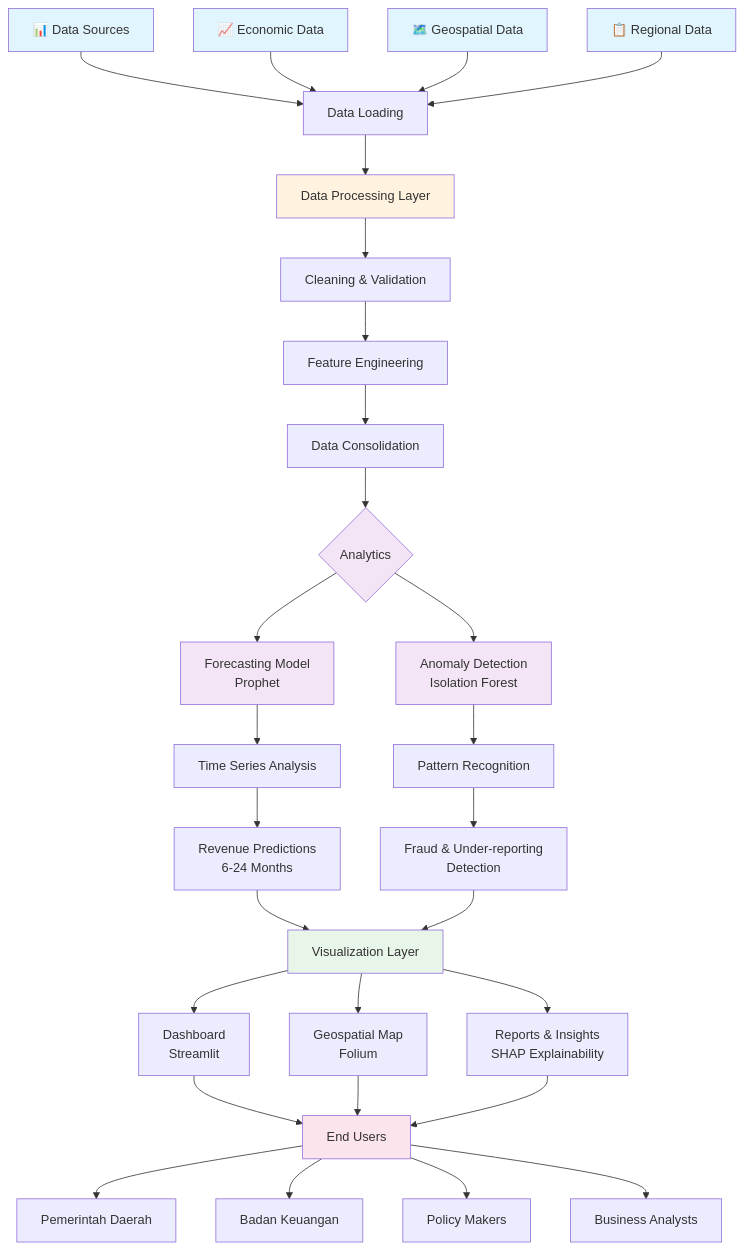
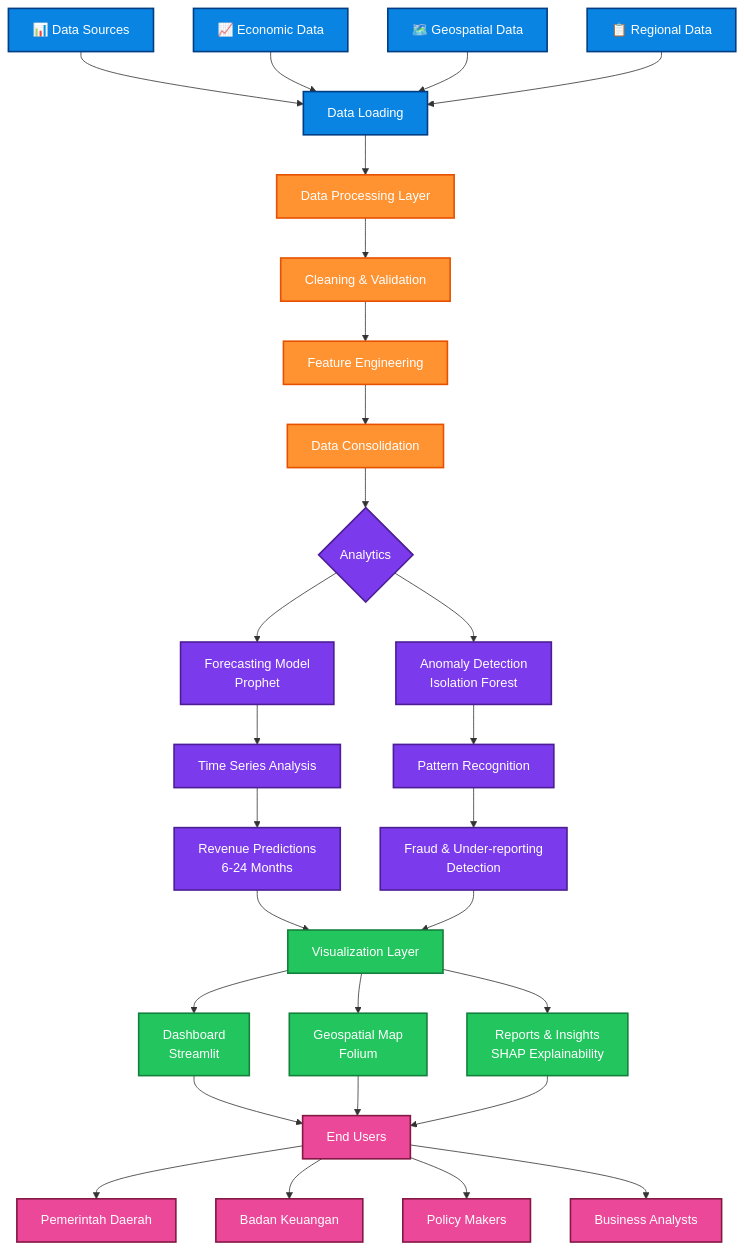
One commit to KwikAndreas/revdadas changed the diagram in README.MD. Above: the diagram before and after it, drawn with Mermaid.

Commit message:
update diagram arsitektur

````diff
--- a/README.MD
+++ b/README.MD
@@ -40,50 +40,65 @@
 ```mermaid
 graph TD
     A["📊 Data Sources"] --> B["Data Loading"]
     C["📈 Economic Data"] --> B
     D["🗺️ Geospatial Data"] --> B
     E["📋 Regional Data"] --> B
 
     B --> F["Data Processing Layer"]
     F --> G["Cleaning & Validation"]
     G --> H["Feature Engineering"]
     H --> I["Data Consolidation"]
 
     I --> J{Analytics}
 
     J --> K["Forecasting Model<br/>Prophet"]
     J --> L["Anomaly Detection<br/>Isolation Forest"]
 
     K --> M["Time Series Analysis"]
     M --> N["Revenue Predictions<br/>6-24 Months"]
 
     L --> O["Pattern Recognition"]
     O --> P["Fraud & Under-reporting<br/>Detection"]
 
     N --> Q["Visualization Layer"]
     P --> Q
 
     Q --> R["Dashboard<br/>Streamlit"]
     Q --> S["Geospatial Map<br/>Folium"]
     Q --> T["Reports & Insights<br/>SHAP Explainability"]
 
     R --> U["End Users"]
     S --> U
     T --> U
 
     U --> V["Pemerintah Daerah"]
     U --> W["Badan Keuangan"]
     U --> X["Policy Makers"]
     U --> Y["Business Analysts"]
 
-    style A fill:#e1f5ff
-    style C fill:#e1f5ff
-    style D fill:#e1f5ff
-    style E fill:#e1f5ff
-    style F fill:#fff3e0
-    style J fill:#f3e5f5
-    style K fill:#f3e5f5
-    style L fill:#f3e5f5
-    style Q fill:#e8f5e9
-    style U fill:#fce4ec
+    style A fill:#0984e3,stroke:#003d82,stroke-width:2px,color:#fff
+    style B fill:#0984e3,stroke:#003d82,stroke-width:2px,color:#fff
+    style C fill:#0984e3,stroke:#003d82,stroke-width:2px,color:#fff
+    style D fill:#0984e3,stroke:#003d82,stroke-width:2px,color:#fff
+    style E fill:#0984e3,stroke:#003d82,stroke-width:2px,color:#fff
+    style F fill:#ff9231,stroke:#e65100,stroke-width:2px,color:#fff
+    style G fill:#ff9231,stroke:#e65100,stroke-width:2px,color:#fff
+    style H fill:#ff9231,stroke:#e65100,stroke-width:2px,color:#fff
+    style I fill:#ff9231,stroke:#e65100,stroke-width:2px,color:#fff
+    style J fill:#7c3aed,stroke:#4c1d95,stroke-width:2px,color:#fff
+    style K fill:#7c3aed,stroke:#4c1d95,stroke-width:2px,color:#fff
+    style L fill:#7c3aed,stroke:#4c1d95,stroke-width:2px,color:#fff
+    style M fill:#7c3aed,stroke:#4c1d95,stroke-width:2px,color:#fff
+    style N fill:#7c3aed,stroke:#4c1d95,stroke-width:2px,color:#fff
+    style O fill:#7c3aed,stroke:#4c1d95,stroke-width:2px,color:#fff
+    style P fill:#7c3aed,stroke:#4c1d95,stroke-width:2px,color:#fff
+    style Q fill:#22c55e,stroke:#15803d,stroke-width:2px,color:#fff
+    style R fill:#22c55e,stroke:#15803d,stroke-width:2px,color:#fff
+    style S fill:#22c55e,stroke:#15803d,stroke-width:2px,color:#fff
+    style T fill:#22c55e,stroke:#15803d,stroke-width:2px,color:#fff
+    style U fill:#ec4899,stroke:#831843,stroke-width:2px,color:#fff
+    style V fill:#ec4899,stroke:#831843,stroke-width:2px,color:#fff
+    style W fill:#ec4899,stroke:#831843,stroke-width:2px,color:#fff
+    style X fill:#ec4899,stroke:#831843,stroke-width:2px,color:#fff
+    style Y fill:#ec4899,stroke:#831843,stroke-width:2px,color:#fff
 ```
````
